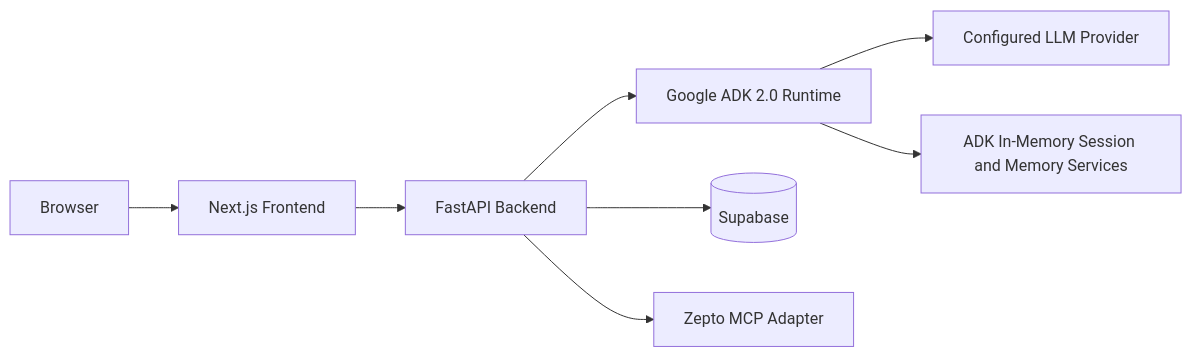
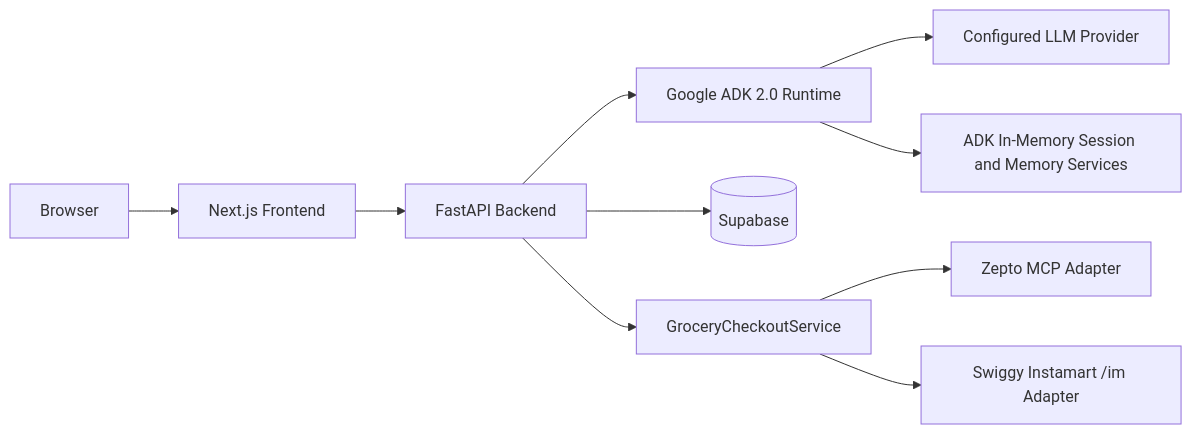
One commit to architworks/meal_and_grocery_agent changed the diagram in docs/current_technology_stack.md. Above: the diagram before and after it, drawn with Mermaid. The commit also changed other lines of this file and 38 other files, not shown here.

First line of the commit message:
[FEATURE] Add multi-provider grocery checkout with Swiggy Instamart

````diff
--- a/docs/current_technology_stack.md
+++ b/docs/current_technology_stack.md
@@ -22,10 +22,12 @@
 ```mermaid
 flowchart LR
     Browser[Browser] --> Next[Next.js Frontend]
     Next --> FastAPI[FastAPI Backend]
     FastAPI --> ADK[Google ADK 2.0 Runtime]
     ADK --> LLM[Configured LLM Provider]
     FastAPI --> Supabase[(Supabase)]
     ADK --> Memory[ADK In-Memory Session and Memory Services]
-    FastAPI --> Zepto[Zepto MCP Adapter]
+    FastAPI --> Checkout[GroceryCheckoutService]
+    Checkout --> Zepto[Zepto MCP Adapter]
+    Checkout --> Instamart[Swiggy Instamart /im Adapter]
 ```
````
